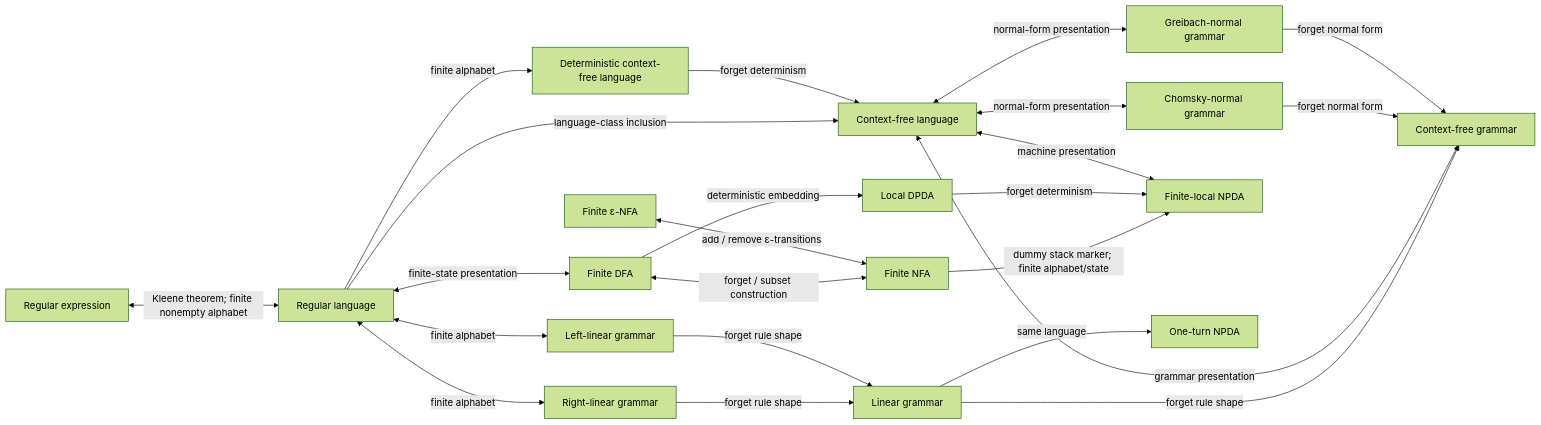
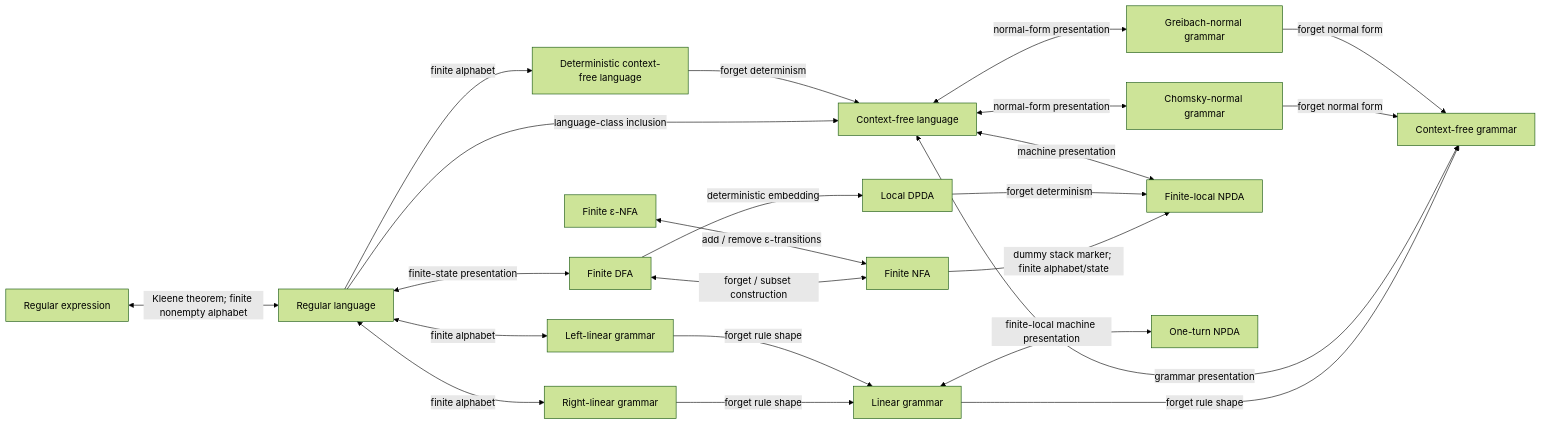
Before and after one commit to tani/mathling: the diagram in README.md, drawn with Mermaid (forest theme). The commit also changed other lines of this file and 5 other files, not shown here.

````diff
--- a/README.md
+++ b/README.md
@@ -16,45 +16,45 @@
 ```mermaid
 flowchart LR
     Regex["Regular expression"]
     Regular["Regular language"]
     DFA["Finite DFA"]
     NFA["Finite NFA"]
     ENFA["Finite ε-NFA"]
     Right["Right-linear grammar"]
     Left["Left-linear grammar"]
     Linear["Linear grammar"]
     CFL["Context-free language"]
     DCFL["Deterministic context-free language"]
     CFG["Context-free grammar"]
     CNF["Chomsky-normal grammar"]
     GNF["Greibach-normal grammar"]
     NPDA["Finite-local NPDA"]
     DPDA["Local DPDA"]
     OneTurn["One-turn NPDA"]
 
     Regex <-->|"Kleene theorem; finite nonempty alphabet"| Regular
     Regular <-->|"finite-state presentation"| DFA
     DFA <-->|"forget / subset construction"| NFA
     ENFA <-->|"add / remove ε-transitions"| NFA
     Regular <-->|"finite alphabet"| Right
     Regular <-->|"finite alphabet"| Left
 
     Right -->|"forget rule shape"| Linear
     Left -->|"forget rule shape"| Linear
     Linear -->|"forget rule shape"| CFG
-    Linear -->|"same language"| OneTurn
+    Linear <-->|"finite-local machine presentation"| OneTurn
 
     Regular -->|"language-class inclusion"| CFL
     Regular -->|"finite alphabet"| DCFL
     DCFL -->|"forget determinism"| CFL
     NFA -->|"dummy stack marker; finite alphabet/state"| NPDA
     DFA -->|"deterministic embedding"| DPDA
     DPDA -->|"forget determinism"| NPDA
 
     CFL <-->|"grammar presentation"| CFG
     CFL <-->|"normal-form presentation"| CNF
     CFL <-->|"normal-form presentation"| GNF
     CFL <-->|"machine presentation"| NPDA
     CNF -->|"forget normal form"| CFG
     GNF -->|"forget normal form"| CFG
 ```
````
